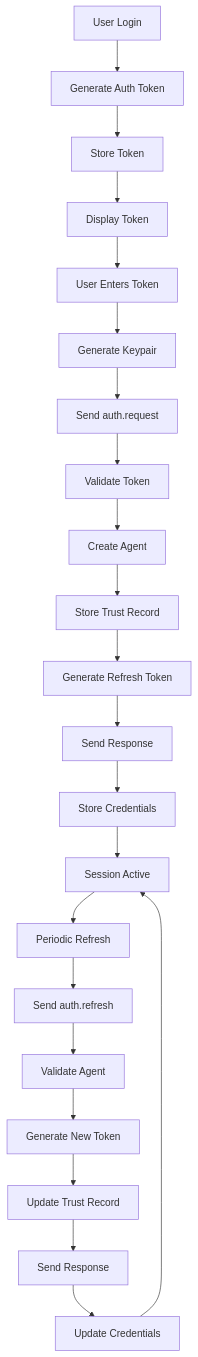
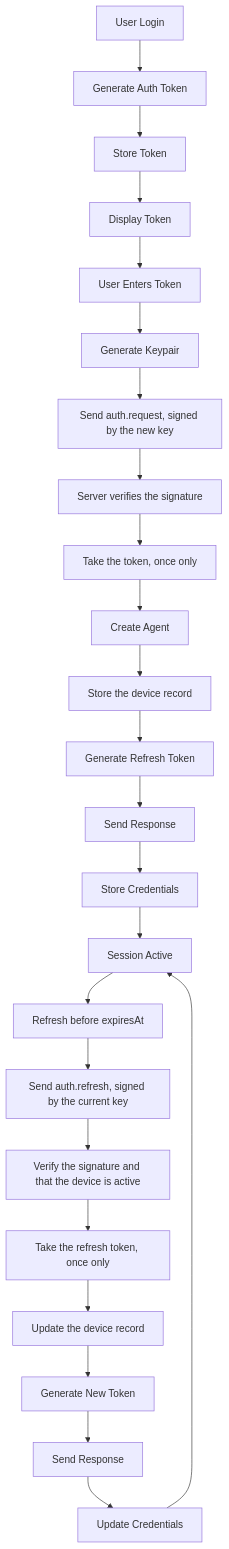
One commit to openbtps/btps-node changed the second of 3 diagrams in docs/docusaurus/docs/protocol/authentication/authenticationFlow.md. Above: the diagram before and after it, drawn with Mermaid. The commit also changed other lines of this file and 26 other files, not shown here.

First line of the commit message:
Docs: bring every diagram in line with 1.1

````diff
--- a/docs/docusaurus/docs/protocol/authentication/authenticationFlow.md
+++ b/docs/docusaurus/docs/protocol/authentication/authenticationFlow.md
@@ -468,25 +473,27 @@
 ```mermaid
 graph TD
     A[User Login] --> B[Generate Auth Token]
     B --> C[Store Token]
     C --> D[Display Token]
     D --> E[User Enters Token]
     E --> F[Generate Keypair]
-    F --> G[Send auth.request]
-    G --> H[Validate Token]
+    F --> G[Send auth.request, signed by the new key]
+    G --> G2[Server verifies the signature]
+    G2 --> H[Take the token, once only]
     H --> I[Create Agent]
-    I --> J[Store Trust Record]
+    I --> J[Store the device record]
     J --> K[Generate Refresh Token]
     K --> L[Send Response]
     L --> M[Store Credentials]
     M --> N[Session Active]
 
-    N --> O[Periodic Refresh]
-    O --> P[Send auth.refresh]
-    P --> Q[Validate Agent]
-    Q --> R[Generate New Token]
-    R --> S[Update Trust Record]
-    S --> T[Send Response]
+    N --> O[Refresh before expiresAt]
+    O --> P[Send auth.refresh, signed by the current key]
+    P --> Q[Verify the signature and that the device is active]
+    Q --> Q2[Take the refresh token, once only]
+    Q2 --> S[Update the device record]
+    S --> R[Generate New Token]
+    R --> T[Send Response]
     T --> U[Update Credentials]
     U --> N
 ```
````
